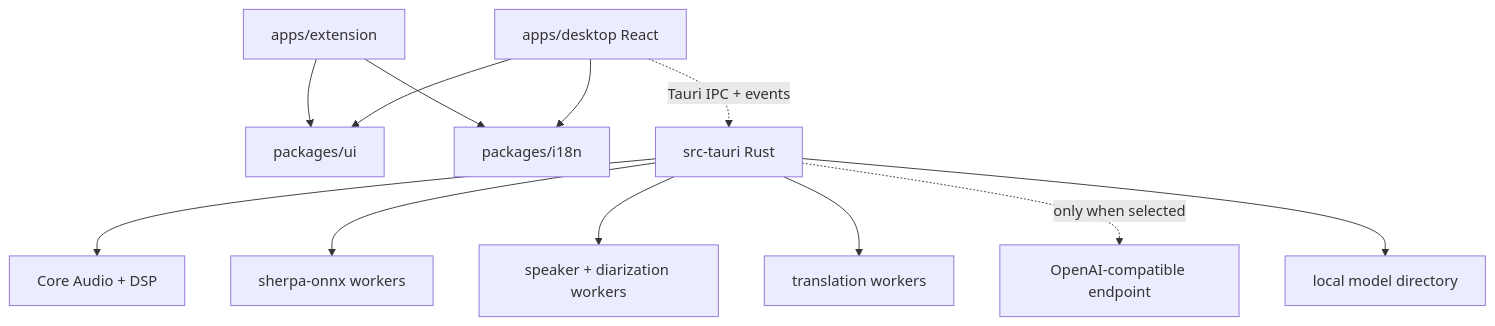
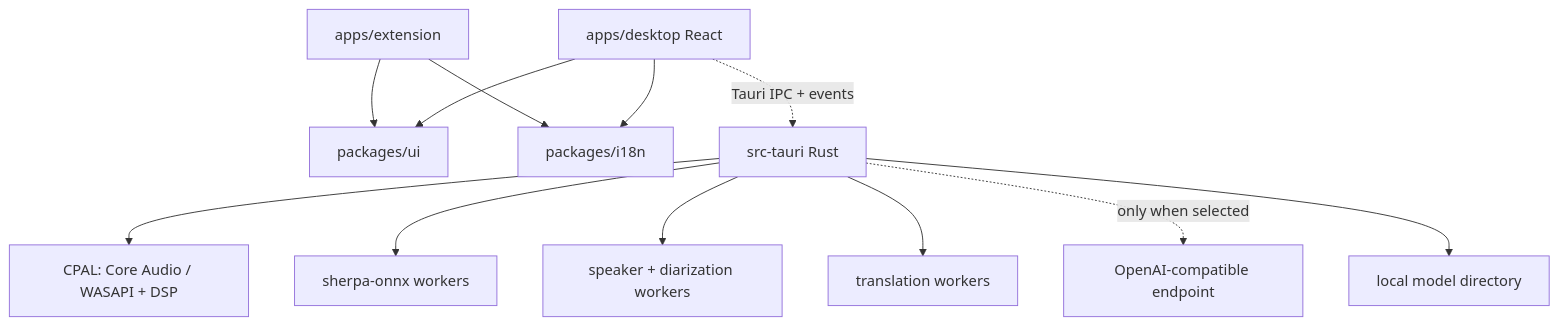
Before and after one commit to moil-xm/SonaSub: the diagram in docs/architecture.md, drawn with Mermaid. The commit also changed other lines of this file and 73 other files, not shown here.

First line of the commit message:
feat(audio): replace flexaudio with CPAL and add microphone capture

````diff
--- a/docs/architecture.md
+++ b/docs/architecture.md
@@ -58,14 +59,14 @@
 ```mermaid
 graph TD
   desktop[apps/desktop React] --> ui[packages/ui]
   desktop --> i18n[packages/i18n]
   extension[apps/extension] --> ui
   extension --> i18n
   desktop -. Tauri IPC + events .-> rust[src-tauri Rust]
-  rust --> audio[Core Audio + DSP]
+  rust --> audio[CPAL: Core Audio / WASAPI + DSP]
   rust --> asr[sherpa-onnx workers]
   rust --> speaker[speaker + diarization workers]
   rust --> translation[translation workers]
   rust -. only when selected .-> remote[OpenAI-compatible endpoint]
   rust --> models[local model directory]
 ```
````
